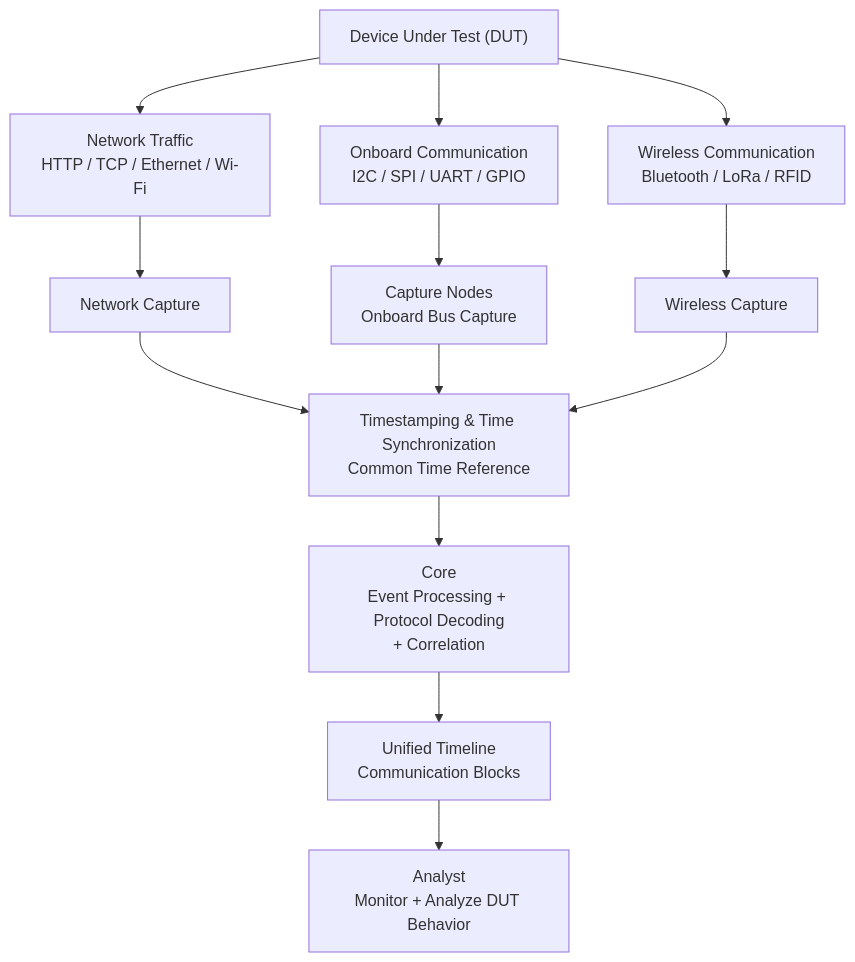
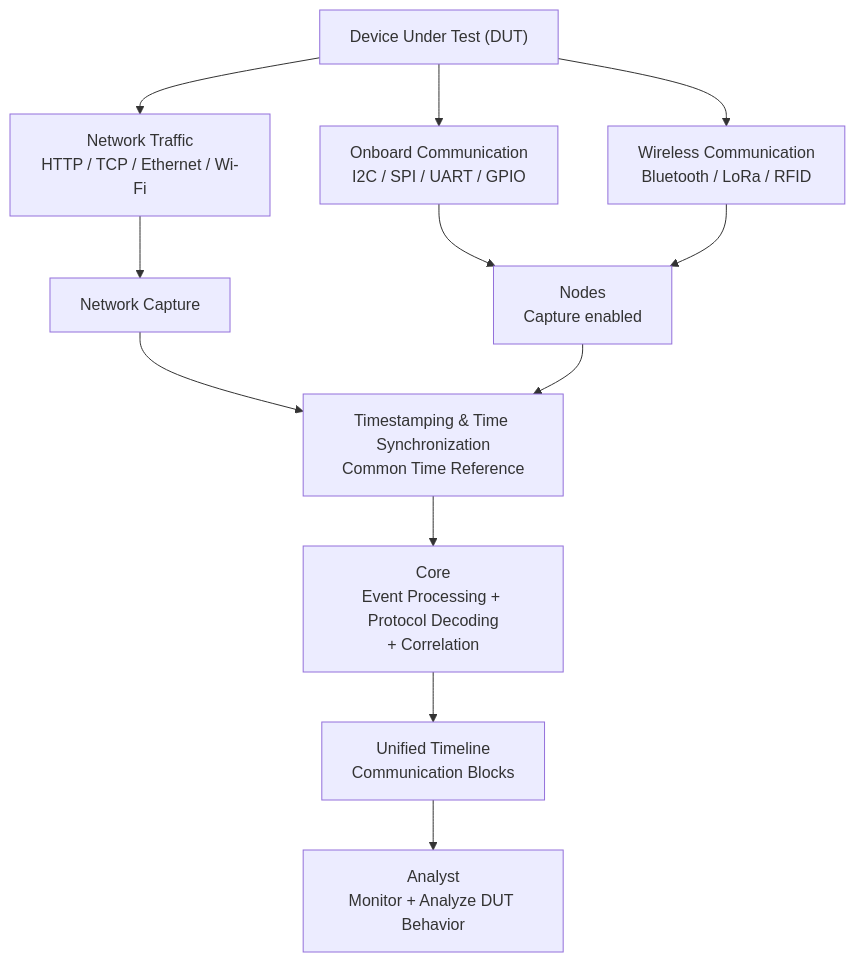
Before and after one commit to EG-ETCS/wiresploit: the first of 5 diagrams in docs/01_Requirements/01_SysRS/01_Functional_Requirements.md, drawn with Mermaid. The commit also changed other lines of this file and 7 other files, not shown here.

````diff
--- a/docs/01_Requirements/01_SysRS/01_Functional_Requirements.md
+++ b/docs/01_Requirements/01_SysRS/01_Functional_Requirements.md
@@ -14,36 +14,34 @@
 ```mermaid
 flowchart TD
     DUT["Device Under Test (DUT)"]
 
     NET["Network Traffic<br/>HTTP / TCP / Ethernet / Wi-Fi"]
     BUS["Onboard Communication<br/>I2C / SPI / UART / GPIO"]
     WIRELESS["Wireless Communication<br/>Bluetooth / LoRa / RFID"]
 
     NET_CAPTURE["Network Capture"]
-    CN["Capture Nodes<br/>Onboard Bus Capture"]
-    WIRELESS_CAPTURE["Wireless Capture"]
+    NODES["Nodes<br/>Capture enabled"]
 
     TIMESTAMP["Timestamping & Time Synchronization<br/>Common Time Reference"]
 
     CORE["Core<br/>Event Processing + Protocol Decoding<br/>+ Correlation"]
 
     TIMELINE["Unified Timeline<br/>Communication Blocks"]
 
     ANALYST["Analyst<br/>Monitor + Analyze DUT Behavior"]
 
     DUT --> NET
     DUT --> BUS
     DUT --> WIRELESS
 
     NET --> NET_CAPTURE
-    BUS --> CN
-    WIRELESS --> WIRELESS_CAPTURE
+    BUS --> NODES
+    WIRELESS --> NODES
 
     NET_CAPTURE --> TIMESTAMP
-    CN --> TIMESTAMP
-    WIRELESS_CAPTURE --> TIMESTAMP
+    NODES --> TIMESTAMP
 
     TIMESTAMP --> CORE
     CORE --> TIMELINE
     TIMELINE --> ANALYST
 ```
````
